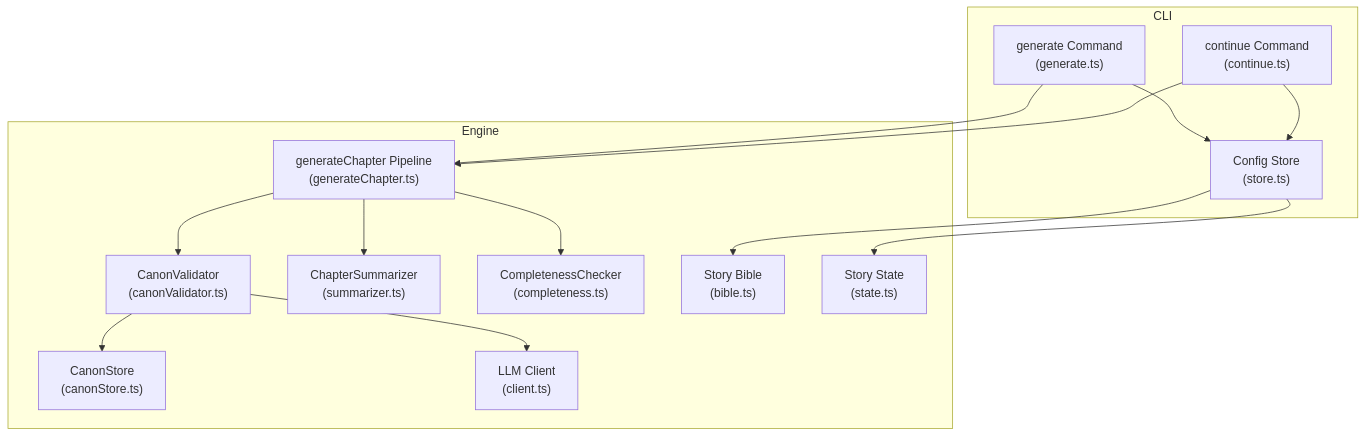
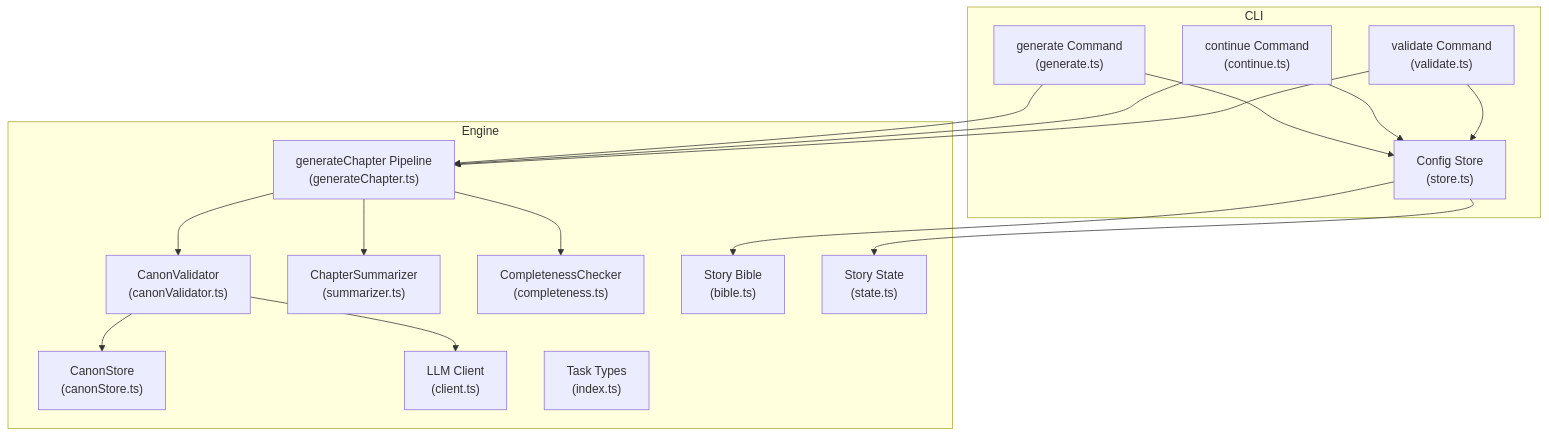
Before and after one commit to liwonder/NARRITIVE_OS: the first of 7 diagrams in .qoder/repowiki/en/content/AI Agent System/Canon Validator Agent.md, drawn with Mermaid. The commit also changed other lines of this file and 12 other files, not shown here.

````diff
--- a/.qoder/repowiki/en/content/AI Agent System/Canon Validator Agent.md
+++ b/.qoder/repowiki/en/content/AI Agent System/Canon Validator Agent.md
@@ -38,29 +48,33 @@
 ```mermaid
 graph TB
 subgraph "Engine"
 CV["CanonValidator<br/>(canonValidator.ts)"]
 CS["CanonStore<br/>(canonStore.ts)"]
 GC["generateChapter Pipeline<br/>(generateChapter.ts)"]
 SUM["ChapterSummarizer<br/>(summarizer.ts)"]
 CC["CompletenessChecker<br/>(completeness.ts)"]
 LLM["LLM Client<br/>(client.ts)"]
 BIBLE["Story Bible<br/>(bible.ts)"]
 STATE["Story State<br/>(state.ts)"]
+TT["Task Types<br/>(index.ts)"]
 end
 subgraph "CLI"
 GEN["generate Command<br/>(generate.ts)"]
 CONT["continue Command<br/>(continue.ts)"]
 STORE["Config Store<br/>(store.ts)"]
+VALID["validate Command<br/>(validate.ts)"]
 end
 GEN --> GC
 CONT --> GC
+VALID --> GC
 GC --> CV
 CV --> CS
 CV --> LLM
 GC --> SUM
 GC --> CC
 GEN --> STORE
 CONT --> STORE
+VALID --> STORE
 STORE --> BIBLE
 STORE --> STATE
 ```
````
